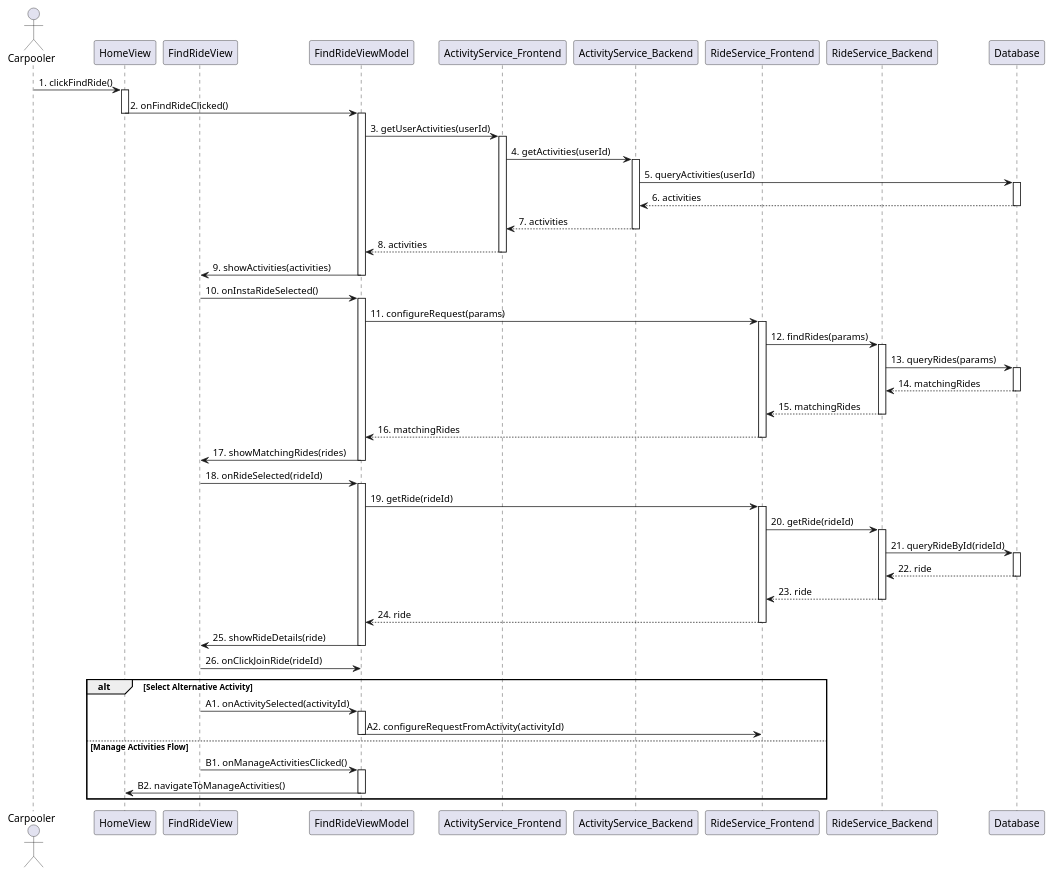
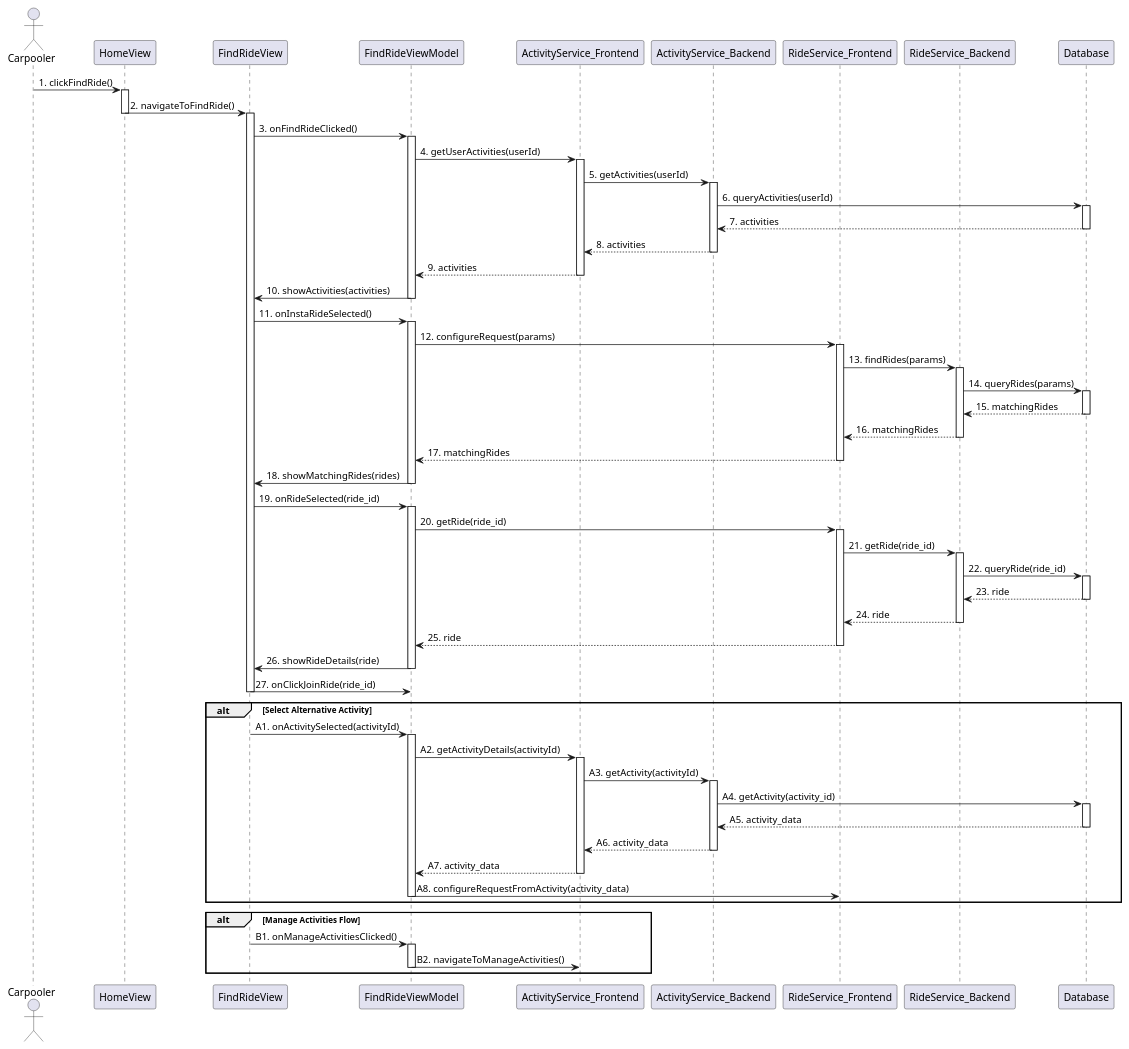
Before and after one commit to YannisRavasopoulos/ProjectSD_S6: the diagram in reports/sequence/find-ride.plantuml, drawn with PlantUML.

Commit message:
Refined Find-Ride

```diff
--- a/reports/sequence/find-ride.plantuml
+++ b/reports/sequence/find-ride.plantuml
@@ -1,99 +1,122 @@
 @startuml
 actor Carpooler
 participant "HomeView" as HomeView
 participant "FindRideView" as FindRideView
 participant "FindRideViewModel" as VM
 participant "ActivityService_Frontend" as ActSrv_F
 participant "ActivityService_Backend" as ActSrv_B
 participant "RideService_Frontend" as RideSrv_F
 participant "RideService_Backend" as RideSrv_B
 participant "Database" as DB
 
 Carpooler -> HomeView: 1. clickFindRide()
 activate HomeView
-HomeView -> VM: 2. onFindRideClicked()
+HomeView -> FindRideView: 2. navigateToFindRide()
 deactivate HomeView
+activate FindRideView
+FindRideView -> VM: 3. onFindRideClicked()
 activate VM
 
 box "Main Course of Events"
-  VM -> ActSrv_F: 3. getUserActivities(userId)
+  VM -> ActSrv_F: 4. getUserActivities(userId)
   activate ActSrv_F
 
-  ActSrv_F -> ActSrv_B: 4. getActivities(userId)
+  ActSrv_F -> ActSrv_B: 5. getActivities(userId)
   activate ActSrv_B
-  ActSrv_B -> DB: 5. queryActivities(userId)
+  ActSrv_B -> DB: 6. queryActivities(userId)
   activate DB
-  DB --> ActSrv_B: 6. activities
+  DB --> ActSrv_B: 7. activities
   deactivate DB
-  ActSrv_B --> ActSrv_F: 7. activities
+  ActSrv_B --> ActSrv_F: 8. activities
   deactivate ActSrv_B
 
-  ActSrv_F --> VM: 8. activities
+  ActSrv_F --> VM: 9. activities
   deactivate ActSrv_F
 
-  VM -> FindRideView: 9. showActivities(activities)
+  VM -> FindRideView: 10. showActivities(activities)
   deactivate VM
 end box
 
 box "Main Course (Insta‑Ride Selection → Show Matches)"
-  FindRideView -> VM: 10. onInstaRideSelected()
+  FindRideView -> VM: 11. onInstaRideSelected()
   activate VM
 
-  VM -> RideSrv_F: 11. configureRequest(params)
+  VM -> RideSrv_F: 12. configureRequest(params)
   activate RideSrv_F
 
-  RideSrv_F -> RideSrv_B: 12. findRides(params)
+  RideSrv_F -> RideSrv_B: 13. findRides(params)
   activate RideSrv_B
-  RideSrv_B -> DB: 13. queryRides(params)
+  RideSrv_B -> DB: 14. queryRides(params)
   activate DB
-  DB --> RideSrv_B: 14. matchingRides
+  DB --> RideSrv_B: 15. matchingRides
   deactivate DB
-  RideSrv_B --> RideSrv_F: 15. matchingRides
+  RideSrv_B --> RideSrv_F: 16. matchingRides
   deactivate RideSrv_B
 
-  RideSrv_F --> VM: 16. matchingRides
+  RideSrv_F --> VM: 17. matchingRides
   deactivate RideSrv_F
 
-  VM -> FindRideView: 17. showMatchingRides(rides)
+  VM -> FindRideView: 18. showMatchingRides(rides)
   deactivate VM
 end box
 
-FindRideView -> VM: 18. onRideSelected(rideId)
+FindRideView -> VM: 19. onRideSelected(ride_id)
 activate VM
-VM -> RideSrv_F: 19. getRide(rideId)
+VM -> RideSrv_F: 20. getRide(ride_id)
 activate RideSrv_F
 
-RideSrv_F -> RideSrv_B: 20. getRide(rideId)
+RideSrv_F -> RideSrv_B: 21. getRide(ride_id)
 activate RideSrv_B
-RideSrv_B -> DB: 21. queryRideById(rideId)
+RideSrv_B -> DB: 22. queryRide(ride_id)
 activate DB
-DB --> RideSrv_B: 22. ride
+DB --> RideSrv_B: 23. ride
 deactivate DB
-RideSrv_B --> RideSrv_F: 23. ride
+RideSrv_B --> RideSrv_F: 24. ride
 deactivate RideSrv_B
 
-RideSrv_F --> VM: 24. ride
+RideSrv_F --> VM: 25. ride
 deactivate RideSrv_F
-VM -> FindRideView: 25. showRideDetails(ride)
+VM -> FindRideView: 26. showRideDetails(ride)
 deactivate VM
 
-FindRideView -> VM: 26. onClickJoinRide(rideId)
+FindRideView -> VM: 27. onClickJoinRide(ride_id)
+deactivate FindRideView
 ' → continues with Join Ride UC
 
 alt Select Alternative Activity
   box "Alternative: Choose Activity"
     FindRideView -> VM: A1. onActivitySelected(activityId)
     activate VM
-    VM -> RideSrv_F: A2. configureRequestFromActivity(activityId)
+    
+    VM -> ActSrv_F: A2. getActivityDetails(activityId)
+    activate ActSrv_F
+    
+    ActSrv_F -> ActSrv_B: A3. getActivity(activityId)
+    activate ActSrv_B
+    
+    ActSrv_B -> DB: A4. getActivity(activity_id)
+    activate DB
+    DB --> ActSrv_B: A5. activity_data
+    deactivate DB
+    
+    ActSrv_B --> ActSrv_F: A6. activity_data
+    deactivate ActSrv_B
+    
+    ActSrv_F --> VM: A7. activity_data
+    deactivate ActSrv_F
+    
+    VM -> RideSrv_F: A8. configureRequestFromActivity(activity_data)
     deactivate VM
   end box
+end
 
-else Manage Activities Flow
+alt Manage Activities Flow
   box "Alternative: Manage Activities"
     FindRideView -> VM: B1. onManageActivitiesClicked()
     activate VM
-    VM -> HomeView: B2. navigateToManageActivities()
+    VM -> ActSrv_F: B2. navigateToManageActivities()
     deactivate VM
   end box
 end
+
 @enduml
```
